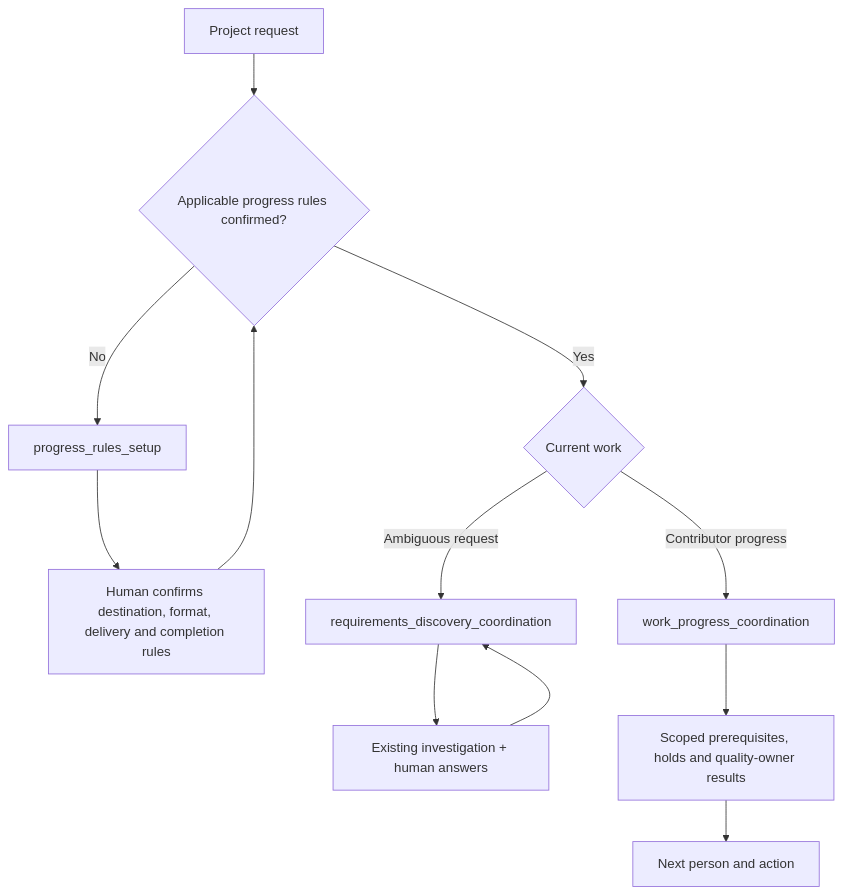
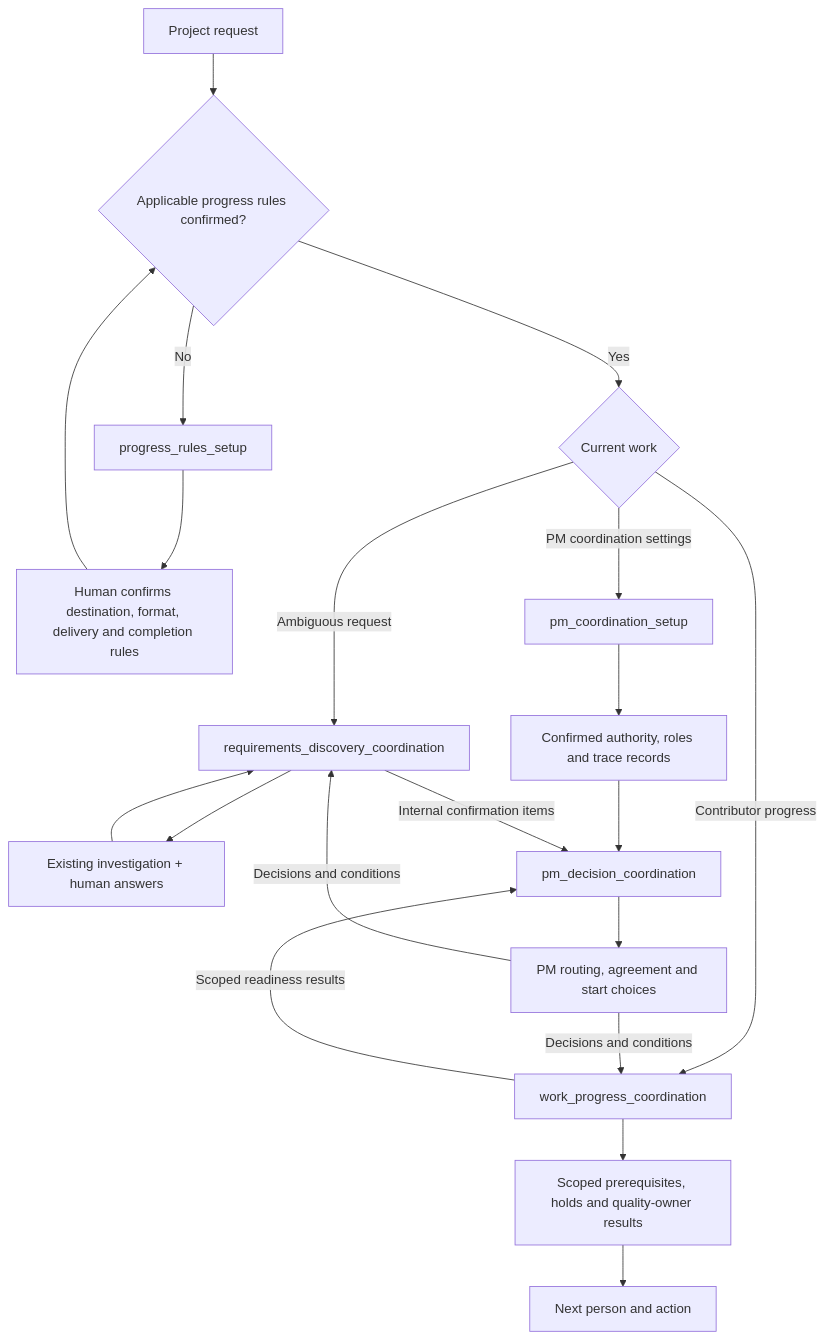
The diagram in docs/packs/project-management/entry.md (synthaicode/XRefKit), drawn with Mermaid before and after one commit. The commit also changed other lines of this file and 23 other files, not shown here.

````diff
--- a/docs/packs/project-management/entry.md
+++ b/docs/packs/project-management/entry.md
@@ -11,14 +11,22 @@
 ```mermaid
 flowchart TD
     A[Project request] --> B{Applicable progress rules confirmed?}
     B -->|No| C[progress_rules_setup]
     C --> D[Human confirms destination, format, delivery and completion rules]
     D --> B
     B -->|Yes| E{Current work}
     E -->|Ambiguous request| F[requirements_discovery_coordination]
     F --> G[Existing investigation + human answers]
     G --> F
     E -->|Contributor progress| H[work_progress_coordination]
     H --> I[Scoped prerequisites, holds and quality-owner results]
     I --> J[Next person and action]
+    E -->|PM coordination settings| K[pm_coordination_setup]
+    K --> L[Confirmed authority, roles and trace records]
+    L --> M[pm_decision_coordination]
+    F -->|Internal confirmation items| M
+    H -->|Scoped readiness results| M
+    M --> N[PM routing, agreement and start choices]
+    N -->|Decisions and conditions| F
+    N -->|Decisions and conditions| H
 ```
````
